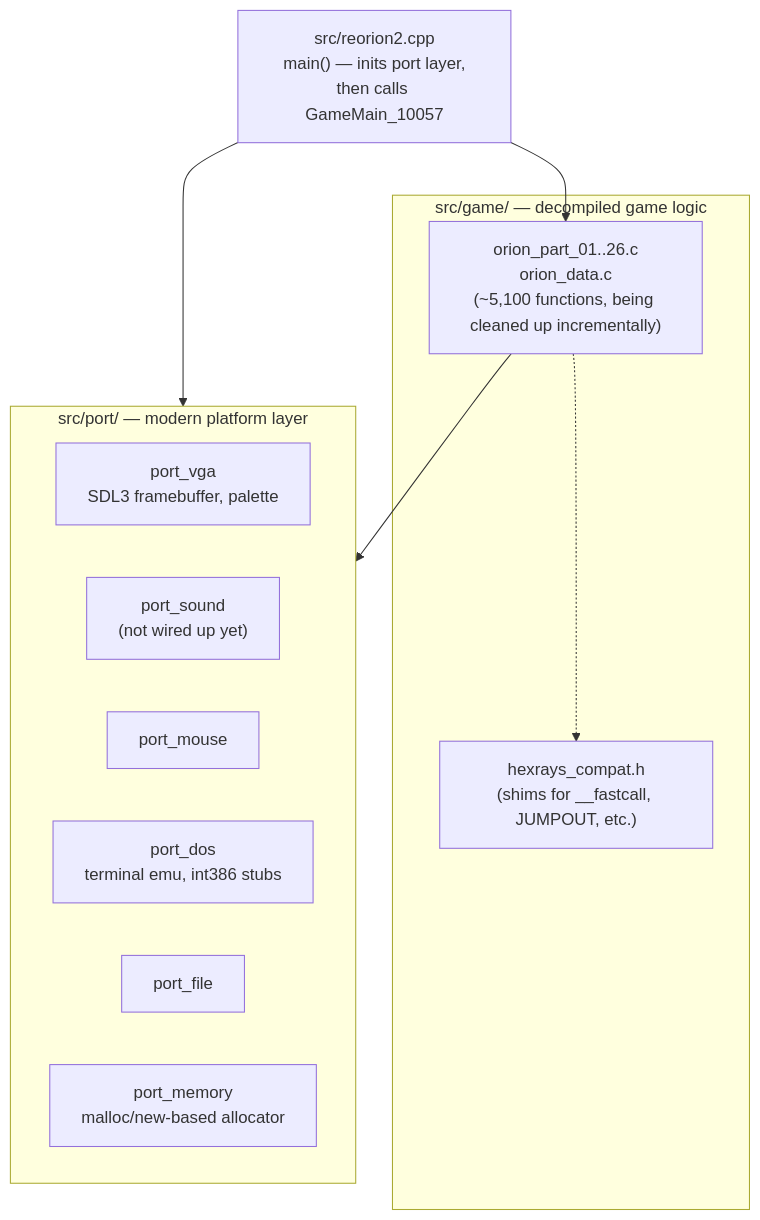
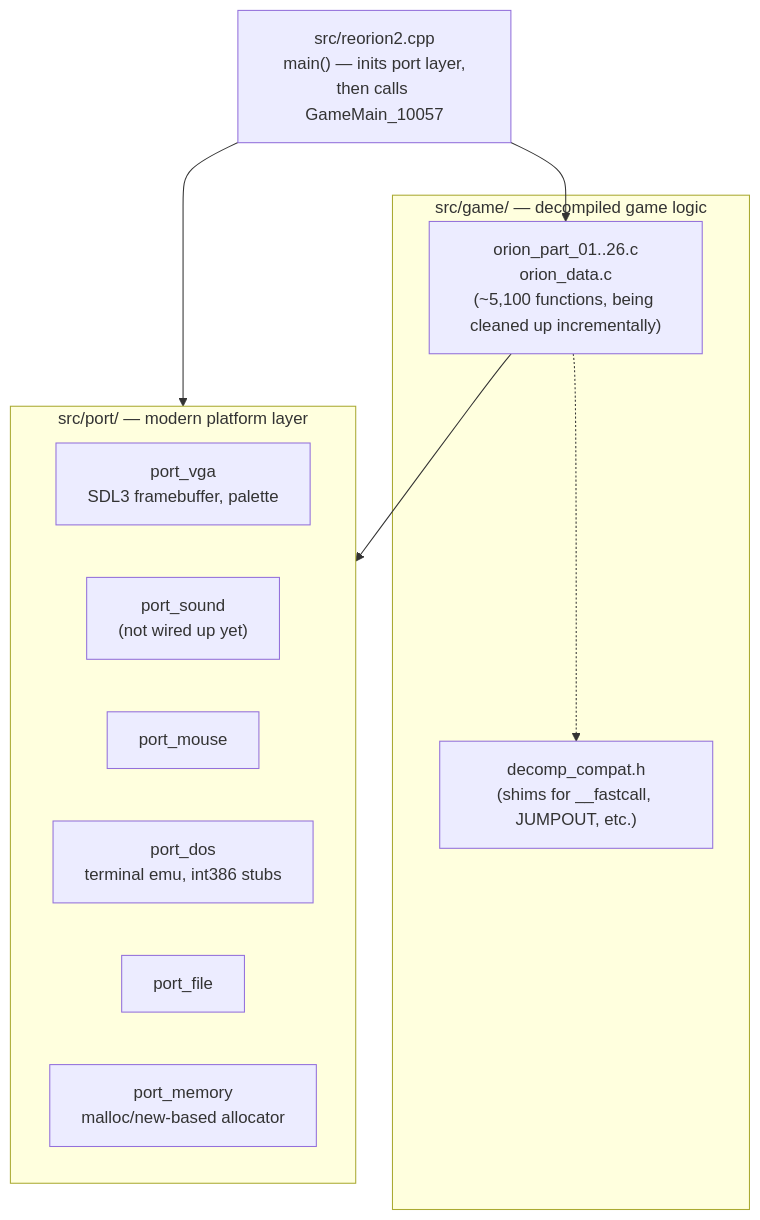
One commit to turican0/reorion2 changed the diagram in README.md. Above: the diagram before and after it, drawn with Mermaid. The commit also changed other lines of this file and 14 other files, not shown here.

````diff
--- a/README.md
+++ b/README.md
@@ -38,23 +38,23 @@
 ```mermaid
 flowchart TB
     subgraph decompiled["src/game/ — decompiled game logic"]
         orion["orion_part_01..26.c\norion_data.c\n(~5,100 functions, being cleaned up incrementally)"]
-        compat["hexrays_compat.h\n(shims for __fastcall, JUMPOUT, etc.)"]
+        compat["decomp_compat.h\n(shims for __fastcall, JUMPOUT, etc.)"]
     end
 
     subgraph port["src/port/ — modern platform layer"]
         vga["port_vga\nSDL3 framebuffer, palette"]
         sound["port_sound\n(not wired up yet)"]
         mouse["port_mouse"]
         dos["port_dos\nterminal emu, int386 stubs"]
         file["port_file"]
         mem["port_memory\nmalloc/new-based allocator"]
     end
 
     entry["src/reorion2.cpp\nmain() — inits port layer,\nthen calls GameMain_10057"]
 
     entry --> port
     entry --> orion
     orion --> port
     orion -.-> compat
 ```
````
